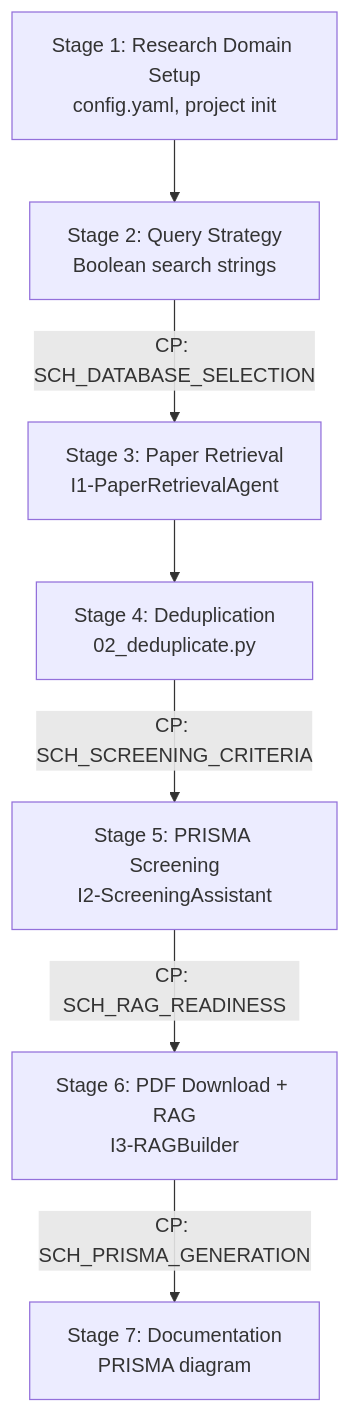
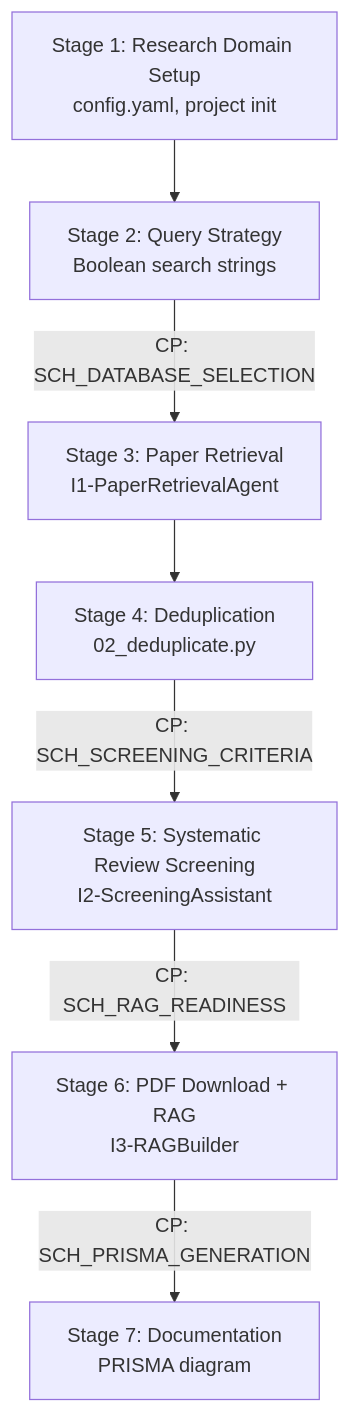
Diagram 12 of 12 in docs/SDD.md (HosungYou/research-coordinator), drawn with Mermaid before and after one commit. The commit also changed other lines of this file and 47 other files, not shown here.

````diff
--- a/docs/SDD.md
+++ b/docs/SDD.md
@@ -756,17 +766,17 @@
 ```mermaid
 flowchart TD
     S1["Stage 1: Research Domain Setup<br/>config.yaml, project init"]
     S2["Stage 2: Query Strategy<br/>Boolean search strings"]
     S3["Stage 3: Paper Retrieval<br/>I1-PaperRetrievalAgent"]
     S4["Stage 4: Deduplication<br/>02_deduplicate.py"]
-    S5["Stage 5: PRISMA Screening<br/>I2-ScreeningAssistant"]
+    S5["Stage 5: Systematic Review Screening<br/>I2-ScreeningAssistant"]
     S6["Stage 6: PDF Download + RAG<br/>I3-RAGBuilder"]
     S7["Stage 7: Documentation<br/>PRISMA diagram"]
 
     S1 --> S2
     S2 -->|"CP: SCH_DATABASE_SELECTION"| S3
     S3 --> S4
     S4 -->|"CP: SCH_SCREENING_CRITERIA"| S5
     S5 -->|"CP: SCH_RAG_READINESS"| S6
     S6 -->|"CP: SCH_PRISMA_GENERATION"| S7
 ```
````
